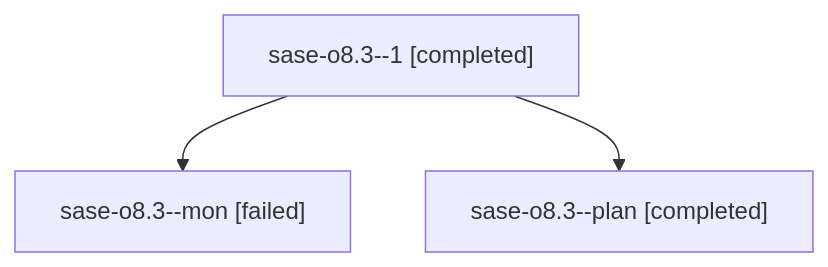
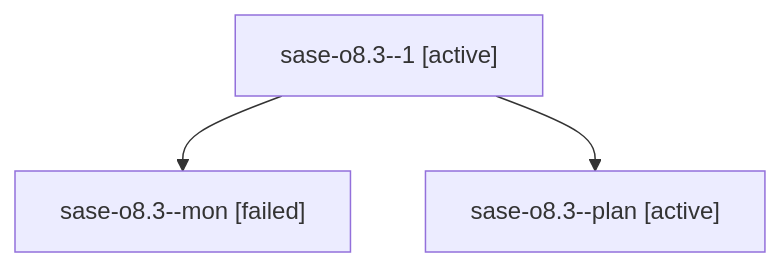
Before and after one commit to sase-org/sase--agents: the diagram in families/bbugyi200.athena.sase-o8.3.md, drawn with Mermaid. The commit also changed other lines of this file and 35830 other files, not shown here.

````diff
--- a/families/bbugyi200.athena.sase-o8.3.md
+++ b/families/bbugyi200.athena.sase-o8.3.md
@@ -9,8 +9,8 @@
 ```mermaid
 flowchart TD
-  n0["sase-o8.3--1 [completed]"]
+  n0["sase-o8.3--1 [active]"]
   n1["sase-o8.3--mon [failed]"]
   n0 --> n1
-  n2["sase-o8.3--plan [completed]"]
+  n2["sase-o8.3--plan [active]"]
   n0 --> n2
 ```
````
